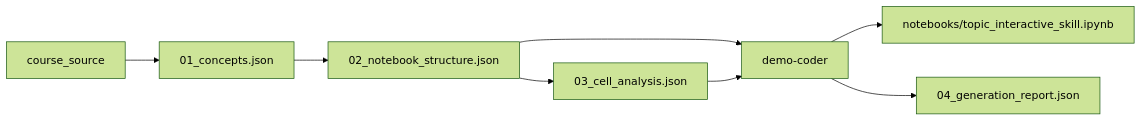
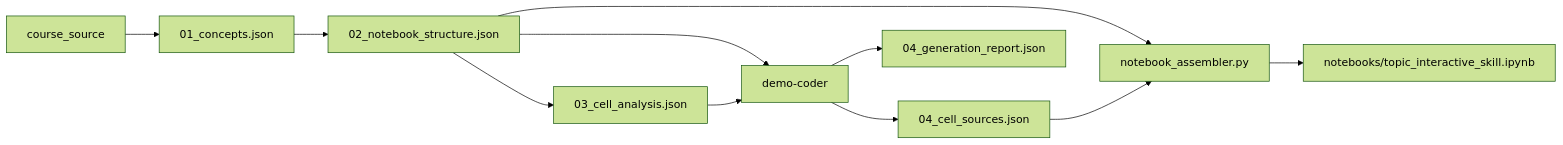
One commit to ryanwww20/CSWIDGAgent changed the diagram in docs/pipeline.md. Above: the diagram before and after it, drawn with Mermaid (forest theme). The commit also changed other lines of this file and 14 other files, not shown here.

Commit message:
split demo coder job to cell coding and notebook assembling, latter gives to a new agent

````diff
--- a/docs/pipeline.md
+++ b/docs/pipeline.md
@@ -7,10 +7,13 @@
 ```mermaid
 flowchart LR
   SRC[course_source] --> S1[01_concepts.json]
   S1 --> S2[02_notebook_structure.json]
   S2 --> S3[03_cell_analysis.json]
-  S2 --> S4[demo-coder]
-  S3 --> S4
-  S4 --> NB[notebooks/topic_interactive_skill.ipynb]
-  S4 --> RPT[04_generation_report.json]
+  S2 --> DC[demo-coder]
+  S3 --> DC
+  DC --> CS[04_cell_sources.json]
+  DC --> RPT[04_generation_report.json]
+  S2 --> ASM[notebook_assembler.py]
+  CS --> ASM
+  ASM --> NB[notebooks/topic_interactive_skill.ipynb]
 ```
````
